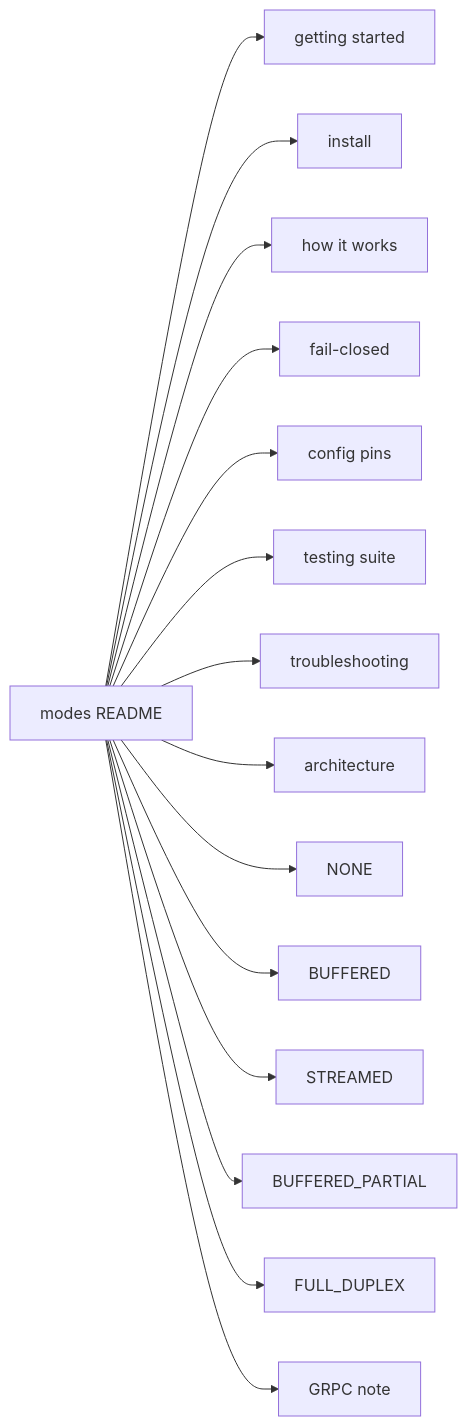
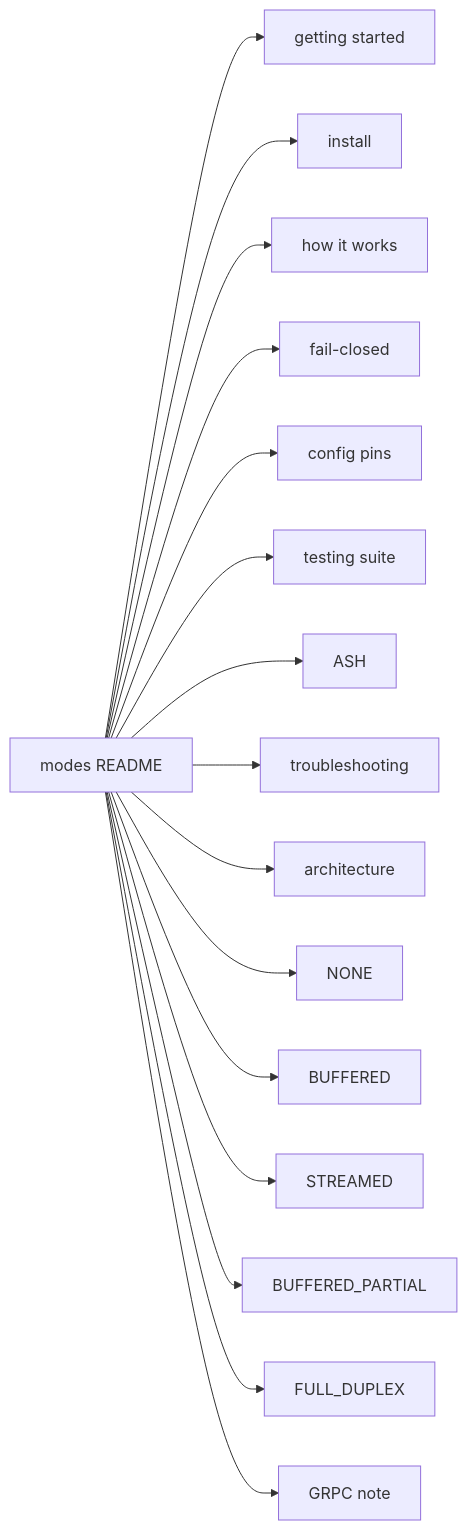
Before and after one commit to etiennemunnich/modsec-envoy-connector: the diagram in docs/modes/README.md, drawn with Mermaid. The commit also changed other lines of this file and 12 other files, not shown here.

````diff
--- a/docs/modes/README.md
+++ b/docs/modes/README.md
@@ -57,17 +58,18 @@
 ```mermaid
 flowchart LR
   idx[modes README] --> gs[getting started]
   idx --> inst[install]
   idx --> how[how it works]
   idx --> fc[fail-closed]
   idx --> cfg[config pins]
   idx --> test[testing suite]
+  idx --> ash[ASH]
   idx --> ts[troubleshooting]
   idx --> arch[architecture]
   idx --> none[NONE]
   idx --> buf[BUFFERED]
   idx --> str[STREAMED]
   idx --> part[BUFFERED_PARTIAL]
   idx --> dup[FULL_DUPLEX]
   idx --> grpc[GRPC note]
 ```
````
